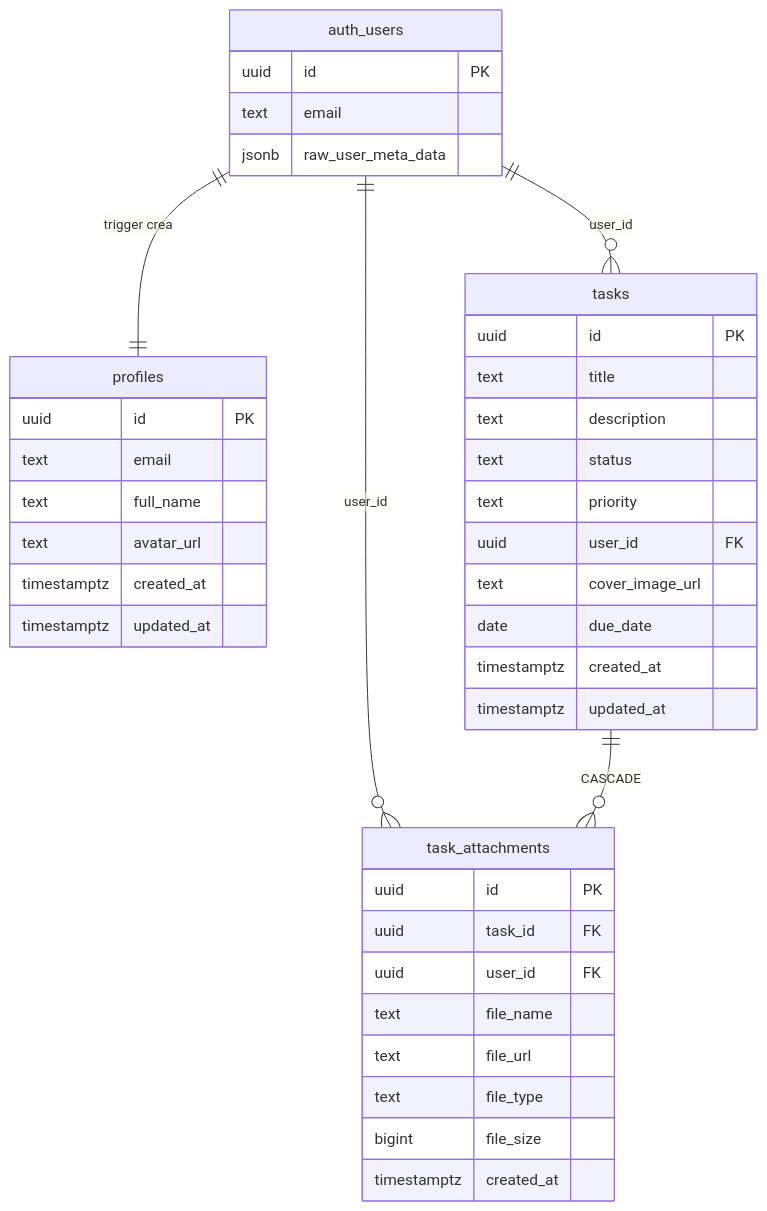
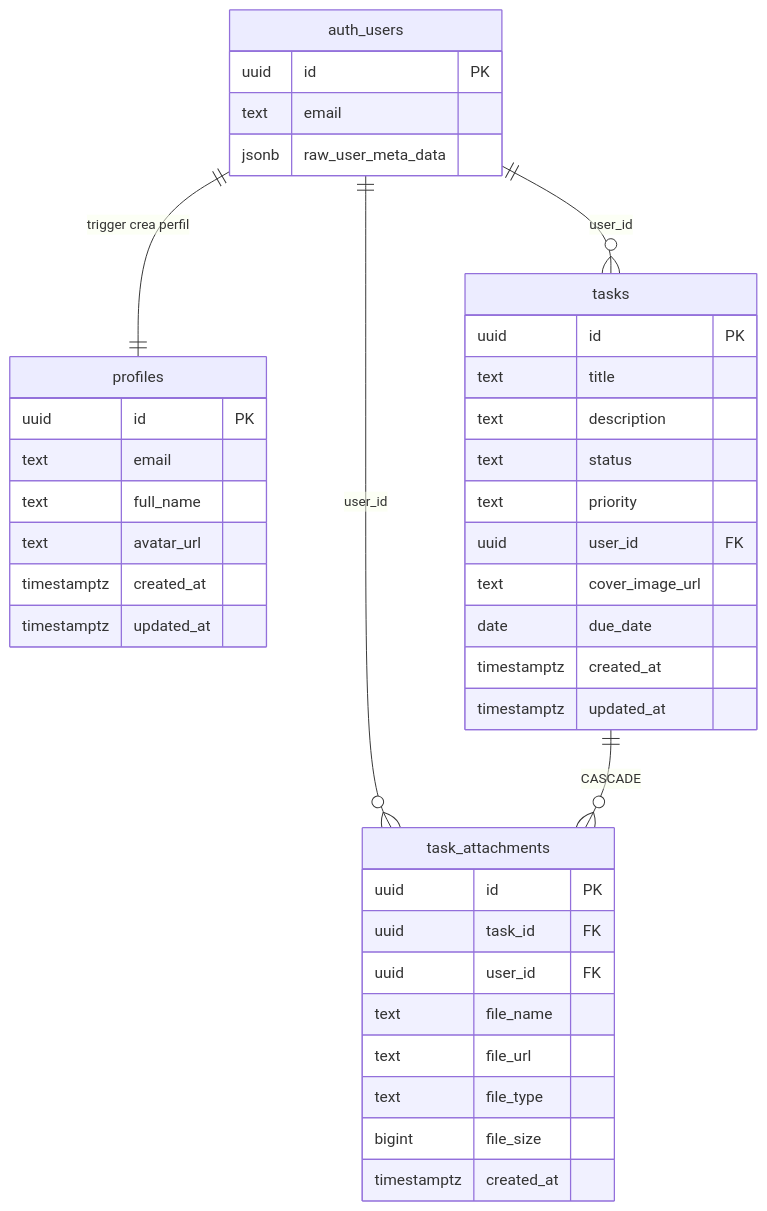
One commit to sergiodev3/flutter_supabase_app_proyectos changed the third of 3 diagrams in README.md. Above: the diagram before and after it, drawn with Mermaid. The commit also changed other lines of this file, not shown here.

````diff
--- a/README.md
+++ b/README.md
@@ -124,46 +84,43 @@
 ```mermaid
 erDiagram
     auth_users {
-        uuid id PK
-        text email
-        jsonb raw_user_meta_data
+        uuid   id    PK
+        text   email
+        jsonb  raw_user_meta_data
     }
-
     profiles {
-        uuid id PK
-        text email
-        text full_name
-        text avatar_url
+        uuid        id         PK
+        text        email
+        text        full_name
+        text        avatar_url
         timestamptz created_at
         timestamptz updated_at
     }
-
     tasks {
-        uuid id PK
-        text title
-        text description
-        text status
-        text priority
-        uuid user_id FK
-        text cover_image_url
-        date due_date
+        uuid        id              PK
+        text        title
+        text        description
+        text        status
+        text        priority
+        uuid        user_id         FK
+        text        cover_image_url
+        date        due_date
         timestamptz created_at
         timestamptz updated_at
     }
-
     task_attachments {
-        uuid id PK
-        uuid task_id FK
-        uuid user_id FK
-        text file_name
-        text file_url
-        text file_type
-        bigint file_size
+        uuid        id         PK
+        uuid        task_id    FK
+        uuid        user_id    FK
+        text        file_name
+        text        file_url
+        text        file_type
+        bigint      file_size
         timestamptz created_at
     }
 
-    auth_users ||--|| profiles : "trigger crea"
-    auth_users ||--o{ tasks : "user_id"
-    auth_users ||--o{ task_attachments : "user_id"
-    tasks ||--o{ task_attachments : "CASCADE"
+    auth_users ||--|| profiles        : "trigger crea perfil"
+    auth_users ||--o{ tasks           : "user_id"
+    auth_users ||--o{ task_attachments: "user_id"
+    tasks      ||--o{ task_attachments: "CASCADE"
 ```
````
